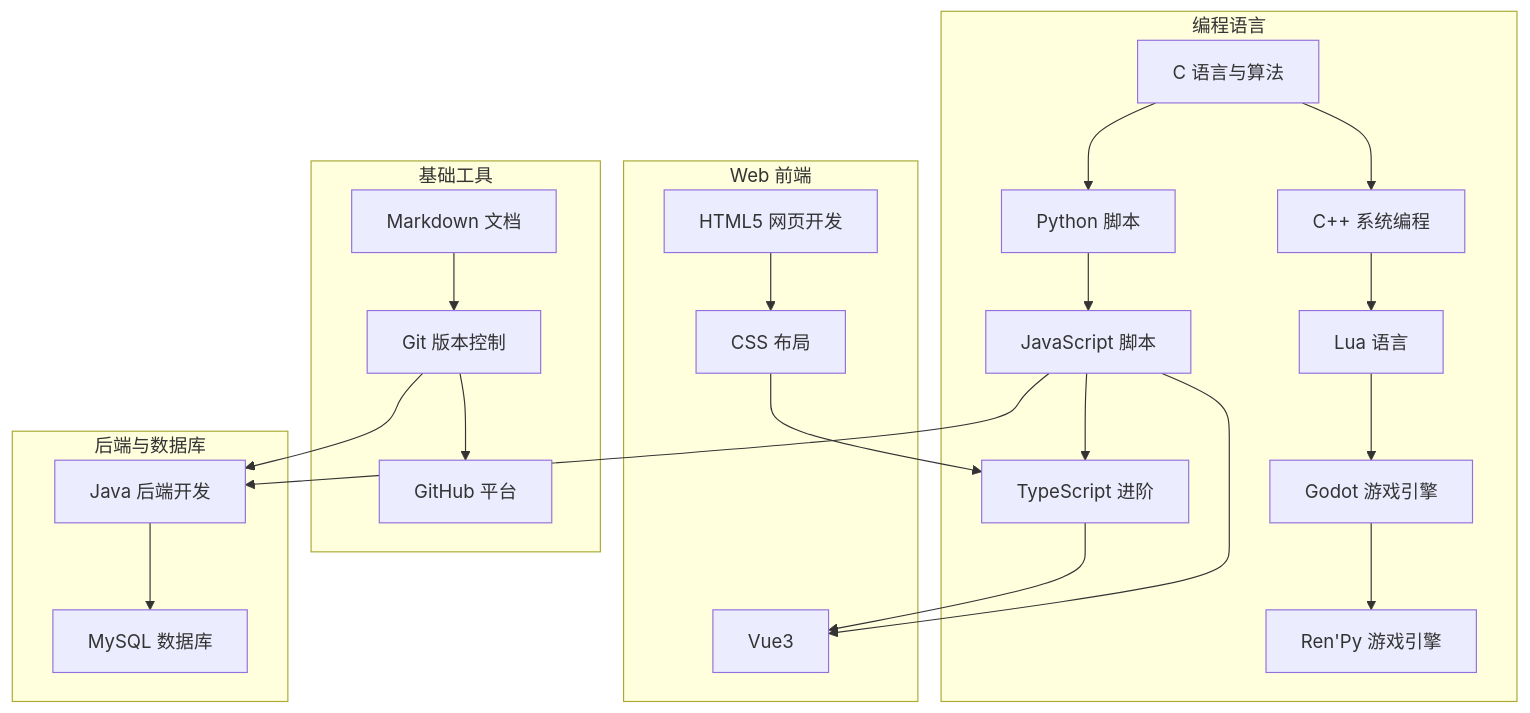
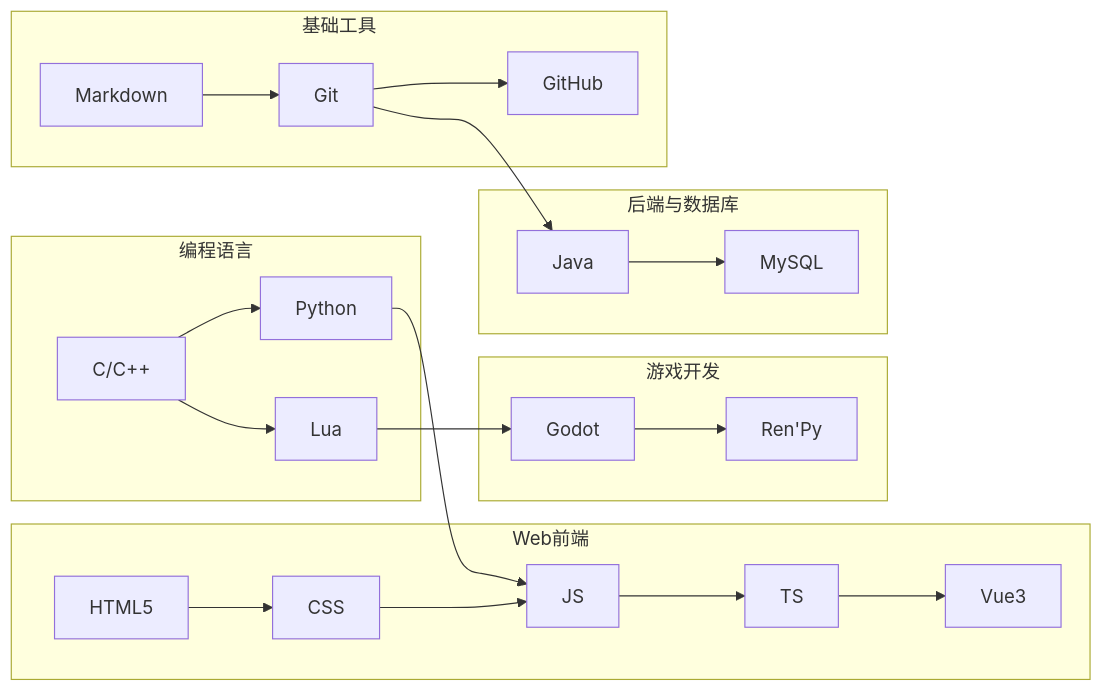
One commit to fanquanpp/MyNotebook changed the diagram in README.md. Above: the diagram before and after it, drawn with Mermaid. The commit also changed other lines of this file and 3 other files, not shown here.

````diff
--- a/README.md
+++ b/README.md
@@ -171,31 +171,25 @@
 ```mermaid
-graph TD
+graph LR
     subgraph 基础工具
-        A[Markdown 文档] --> B[Git 版本控制]
-        B --> C[GitHub 平台]
+        A[Markdown] --> B[Git] --> C[GitHub]
+    end
+    
+    subgraph Web前端
+        D[HTML5] --> E[CSS] --> F[JS] --> G[TS] --> H[Vue3]
     end
     
     subgraph 编程语言
-        D[C 语言与算法] --> E[Python 脚本]
-        E --> F[JavaScript 脚本]
-        F --> G[TypeScript 进阶]
-        D --> H[C++ 系统编程]
-        H --> I[Lua 语言]
-        I --> J[Godot 游戏引擎]
-        J --> K[Ren'Py 游戏引擎]
-    end
-    
-    subgraph Web 前端
-        L[HTML5 网页开发] --> M[CSS 布局]
-        M --> G
-        G --> N[Vue3]
+        I[C/C++] --> J[Python] --> F
+        I --> K[Lua]
     end
     
     subgraph 后端与数据库
-        O[Java 后端开发] --> P[MySQL 数据库]
+        L[Java] --> M[MySQL]
     end
     
-    B --> O
-    F --> O
-    F --> N
+    subgraph 游戏开发
+        K --> N[Godot] --> O[Ren'Py]
+    end
+    
+    B --> L
 ```
````
